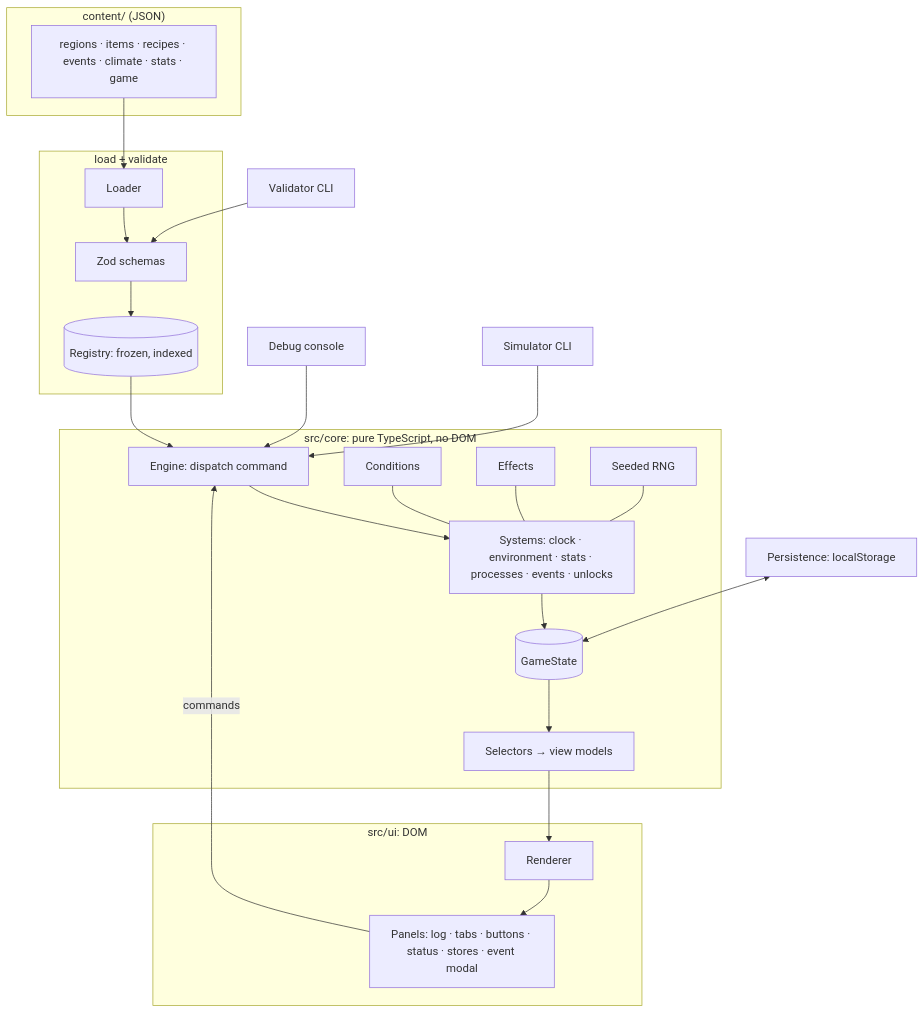
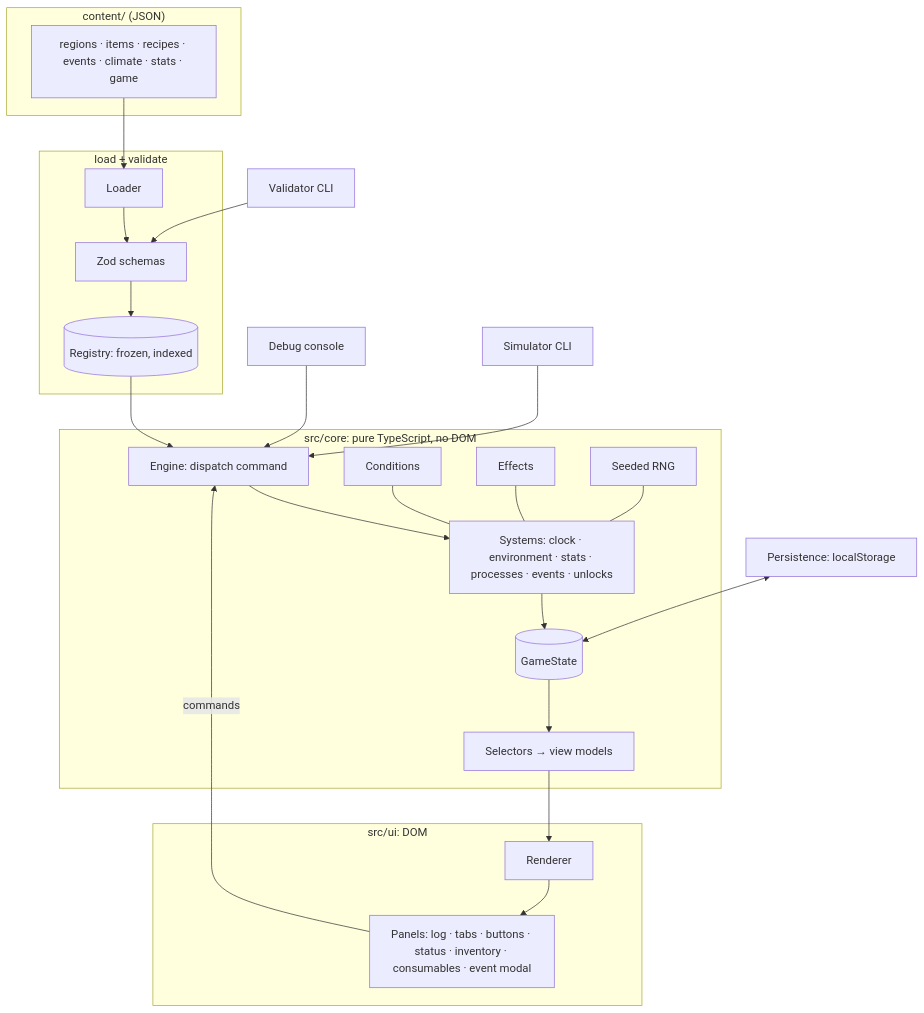
The first of 2 diagrams in docs/TDD.md (fdvoracek/mysteryless-island), drawn with Mermaid before and after one commit. The commit also changed other lines of this file and 31 other files, not shown here.

````diff
--- a/docs/TDD.md
+++ b/docs/TDD.md
@@ -40,28 +40,28 @@
 ```mermaid
 flowchart TB
   subgraph Content["content/ (JSON)"]
     J[regions · items · recipes · events · climate · stats · game]
   end
   subgraph Build["load + validate"]
     L[Loader] --> Z[Zod schemas] --> REG[(Registry: frozen, indexed)]
   end
   subgraph Core["src/core: pure TypeScript, no DOM"]
     ENG[Engine: dispatch command] --> SYS[Systems: clock · environment · stats · processes · events · unlocks]
     SYS --> ST[(GameState)]
     CE[Conditions] --- SYS
     EF[Effects] --- SYS
     RNG[Seeded RNG] --- SYS
     SEL[Selectors → view models]
   end
   subgraph UI["src/ui: DOM"]
-    R[Renderer] --> P[Panels: log · tabs · buttons · status · stores · event modal]
+    R[Renderer] --> P[Panels: log · tabs · buttons · status · inventory · consumables · event modal]
   end
   J --> L
   REG --> ENG
   ST --> SEL --> R
   P -- commands --> ENG
   SAVE[Persistence: localStorage] <--> ST
   DBG[Debug console] --> ENG
   SIM[Simulator CLI] --> ENG
   VAL[Validator CLI] --> Z
 ```
````
